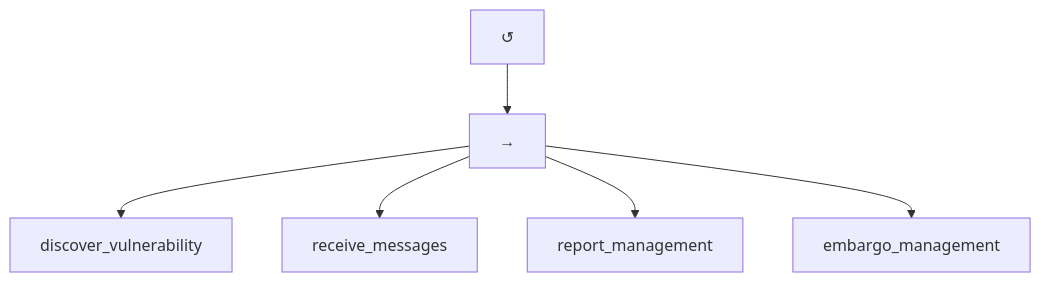
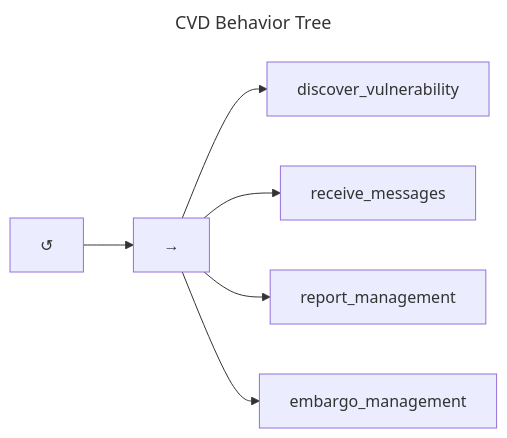
The diagram in docs/topics/behavior_logic/cvd_bt.md (CERTCC/Vultron), drawn with Mermaid before and after one commit. The commit also changed 1 other file, not shown here.

Commit message:
horiz bt

````diff
--- a/docs/topics/behavior_logic/cvd_bt.md
+++ b/docs/topics/behavior_logic/cvd_bt.md
@@ -7,10 +7,13 @@
 ```mermaid
-flowchart TD
+---
+title: CVD Behavior Tree
+---
+flowchart LR
     root["#8634;"]
     seq["&rarr;"]
     root --> seq
     seq --> discover_vulnerability
     seq --> receive_messages
     seq --> report_management
     seq --> embargo_management
 ```
````
